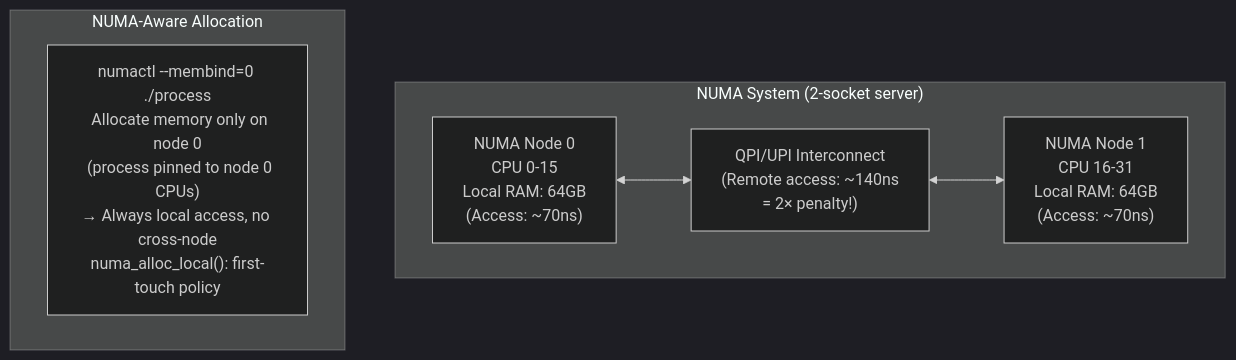
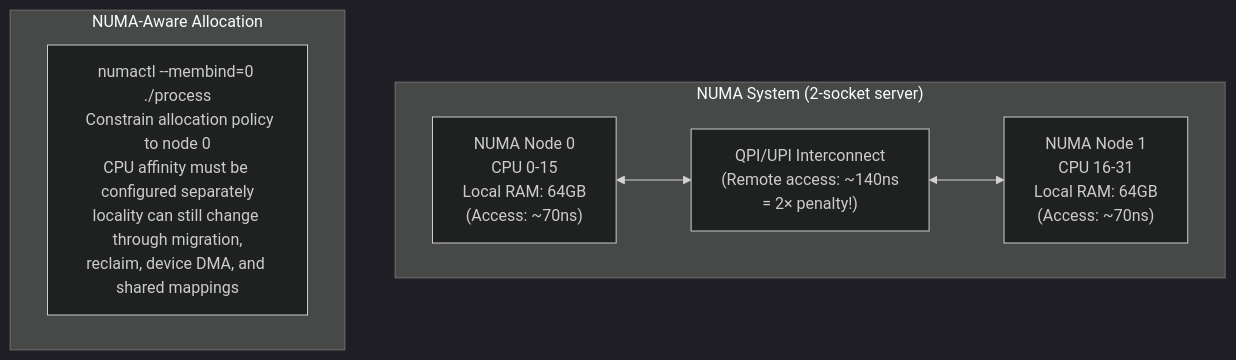
One commit to choisimo/document changed diagram 14 of 14 in content/docs/books/cs-reference/systems-programming-internals.md. Above: the diagram before and after it, drawn with Mermaid (dark theme). The commit also changed other lines of this file and 504 other files, not shown here.

````diff
--- a/content/docs/books/cs-reference/systems-programming-internals.md
+++ b/content/docs/books/cs-reference/systems-programming-internals.md
@@ -276,12 +278,12 @@
 ```mermaid
 flowchart TD
     subgraph "NUMA System (2-socket server)"
         NODE0["NUMA Node 0\nCPU 0-15\nLocal RAM: 64GB\n(Access: ~70ns)"]
         NODE1["NUMA Node 1\nCPU 16-31\nLocal RAM: 64GB\n(Access: ~70ns)"]
         INTERCO["QPI/UPI Interconnect\n(Remote access: ~140ns\n= 2× penalty!)"]
         NODE0 <--> INTERCO <--> NODE1
     end
     subgraph "NUMA-Aware Allocation"
-        POLICY["numactl --membind=0 ./process\n  Allocate memory only on node 0\n  (process pinned to node 0 CPUs)\n→ Always local access, no cross-node\nnuma_alloc_local(): first-touch policy"]
+        POLICY["numactl --membind=0 ./process\n  Constrain allocation policy to node 0\nCPU affinity must be configured separately\nlocality can still change through migration,\nreclaim, device DMA, and shared mappings"]
     end
 ```
````
